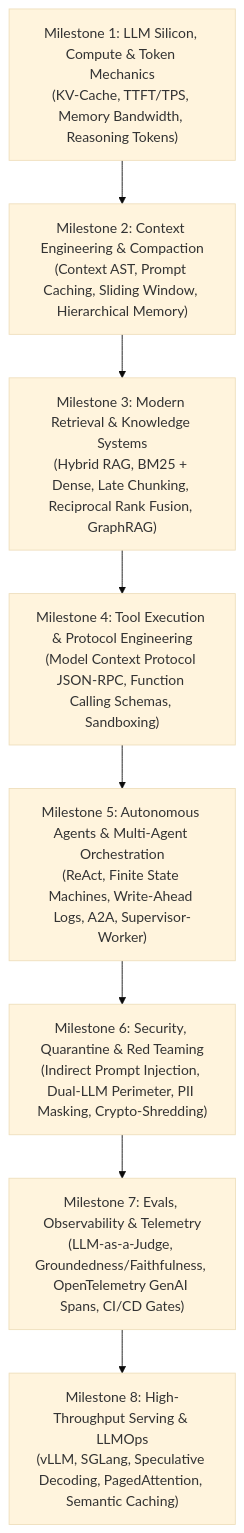
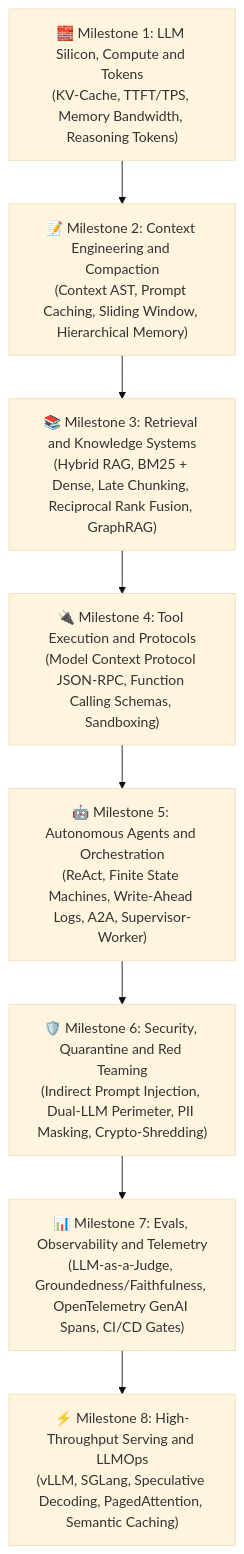
The diagram in .agents/skills/ai-practice-coach/SKILL.md (dip4k/senior-engineer-to-ai-engineer-roadmap), drawn with Mermaid (base theme) before and after one commit. The commit also changed 94 other files, not shown here.

Commit message:
refactor(curriculum): complete Phase 04 upgrade and enforce diagram renderer invariants

````diff
--- a/.agents/skills/ai-practice-coach/SKILL.md
+++ b/.agents/skills/ai-practice-coach/SKILL.md
@@ -35,11 +35,11 @@
 ```mermaid
 flowchart TD
-    M1["Milestone 1: LLM Silicon, Compute & Token Mechanics<br>(KV-Cache, TTFT/TPS, Memory Bandwidth, Reasoning Tokens)"] --> M2
-    M2["Milestone 2: Context Engineering & Compaction<br>(Context AST, Prompt Caching, Sliding Window, Hierarchical Memory)"] --> M3
-    M3["Milestone 3: Modern Retrieval & Knowledge Systems<br>(Hybrid RAG, BM25 + Dense, Late Chunking, Reciprocal Rank Fusion, GraphRAG)"] --> M4
-    M4["Milestone 4: Tool Execution & Protocol Engineering<br>(Model Context Protocol JSON-RPC, Function Calling Schemas, Sandboxing)"] --> M5
-    M5["Milestone 5: Autonomous Agents & Multi-Agent Orchestration<br>(ReAct, Finite State Machines, Write-Ahead Logs, A2A, Supervisor-Worker)"] --> M6
-    M6["Milestone 6: Security, Quarantine & Red Teaming<br>(Indirect Prompt Injection, Dual-LLM Perimeter, PII Masking, Crypto-Shredding)"] --> M7
-    M7["Milestone 7: Evals, Observability & Telemetry<br>(LLM-as-a-Judge, Groundedness/Faithfulness, OpenTelemetry GenAI Spans, CI/CD Gates)"] --> M8
-    M8["Milestone 8: High-Throughput Serving & LLMOps<br>(vLLM, SGLang, Speculative Decoding, PagedAttention, Semantic Caching)"]
+    M1["🧱 Milestone 1: LLM Silicon, Compute and Tokens<br>(KV-Cache, TTFT/TPS, Memory Bandwidth, Reasoning Tokens)"] --> M2
+    M2["📝 Milestone 2: Context Engineering and Compaction<br>(Context AST, Prompt Caching, Sliding Window, Hierarchical Memory)"] --> M3
+    M3["📚 Milestone 3: Retrieval and Knowledge Systems<br>(Hybrid RAG, BM25 + Dense, Late Chunking, Reciprocal Rank Fusion, GraphRAG)"] --> M4
+    M4["🔌 Milestone 4: Tool Execution and Protocols<br>(Model Context Protocol JSON-RPC, Function Calling Schemas, Sandboxing)"] --> M5
+    M5["🤖 Milestone 5: Autonomous Agents and Orchestration<br>(ReAct, Finite State Machines, Write-Ahead Logs, A2A, Supervisor-Worker)"] --> M6
+    M6["🛡️ Milestone 6: Security, Quarantine and Red Teaming<br>(Indirect Prompt Injection, Dual-LLM Perimeter, PII Masking, Crypto-Shredding)"] --> M7
+    M7["📊 Milestone 7: Evals, Observability and Telemetry<br>(LLM-as-a-Judge, Groundedness/Faithfulness, OpenTelemetry GenAI Spans, CI/CD Gates)"] --> M8
+    M8["⚡ Milestone 8: High-Throughput Serving and LLMOps<br>(vLLM, SGLang, Speculative Decoding, PagedAttention, Semantic Caching)"]
 ```
````
